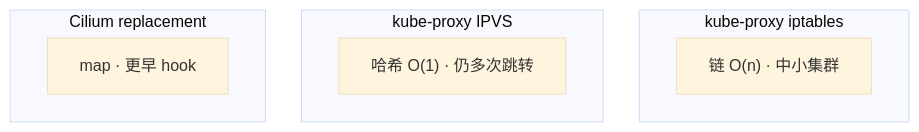
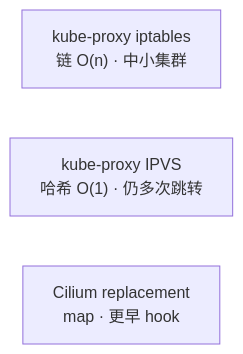
The third of 7 diagrams in 03-Kubernetes/25-eBPF与Cilium/知识点.md (ml-cuizijun/LearnToLilith), drawn with Mermaid before and after one commit. The commit also changed other lines of this file and 178 other files, not shown here.

````diff
--- a/03-Kubernetes/25-eBPF与Cilium/知识点.md
+++ b/03-Kubernetes/25-eBPF与Cilium/知识点.md
@@ -124,17 +104,6 @@
 ```mermaid
-%%{init: {"flowchart": {"padding": 16, "nodeSpacing": 36}, "theme": "base"}}%%
-flowchart TB
-    subgraph ipt ["kube-proxy iptables"]
-        i1["链 O(n) · 中小集群"]
-    end
-    subgraph ipvs ["kube-proxy IPVS"]
-        v1["哈希 O(1) · 仍多次跳转"]
-    end
-    subgraph cil ["Cilium replacement"]
-        c1["map · 更早 hook"]
-    end
-
-    class i1 a
-    class v1 b
-    class c1 c
+flowchart LR
+    IPT["kube-proxy iptables<br/>链 O(n) · 中小集群"]
+    IPVS["kube-proxy IPVS<br/>哈希 O(1) · 仍多次跳转"]
+    CIL["Cilium replacement<br/>map · 更早 hook"]
 ```
````
